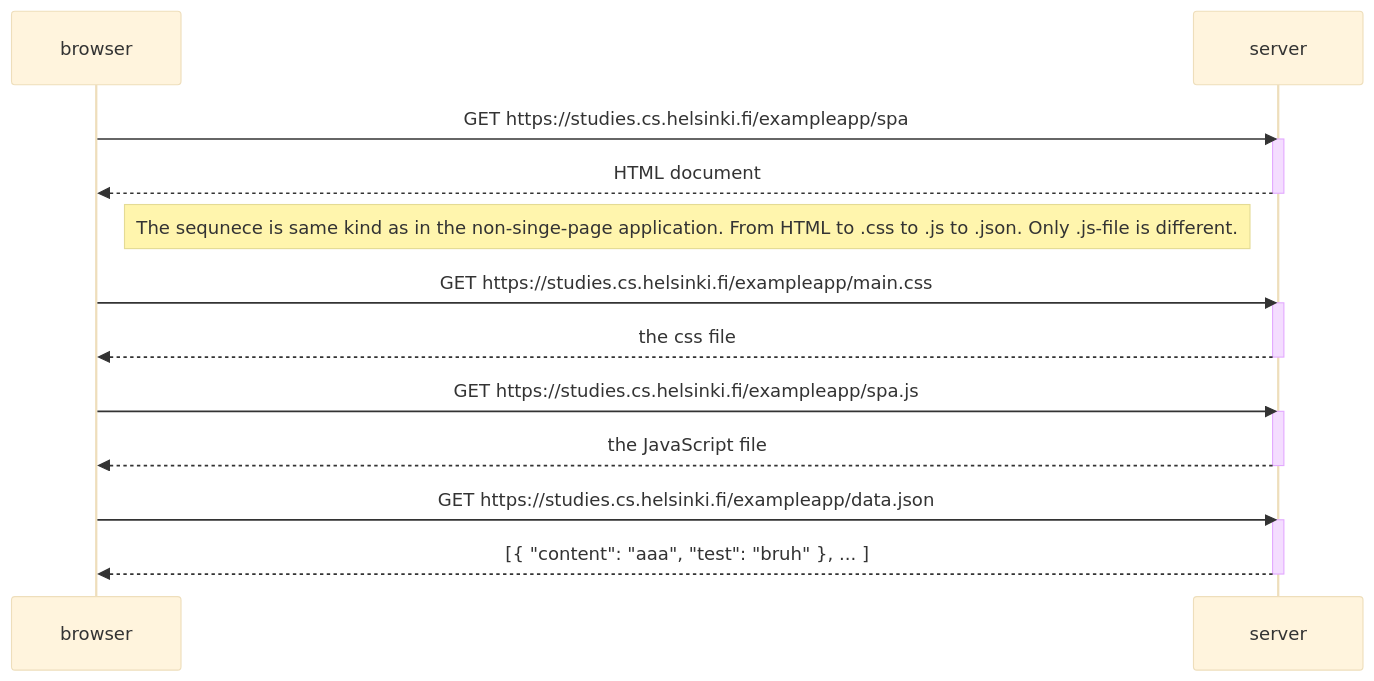
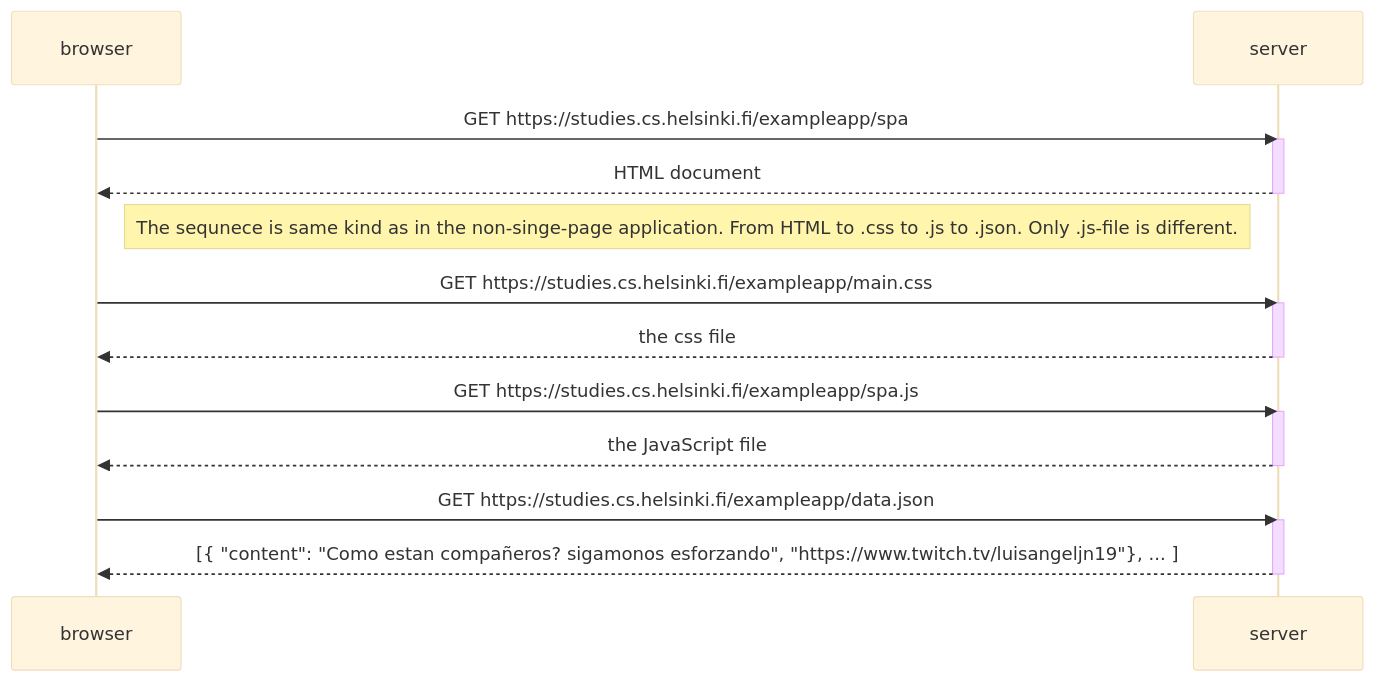
One commit to jussiiih/Full-Stack-Open changed the diagram in osa0/0.5: Single Page App.md. Above: the diagram before and after it, drawn with Mermaid (base theme).

Commit message:
Update 0.5: Single Page App.md

````diff
--- a/osa0/0.5: Single Page App.md
+++ b/osa0/0.5: Single Page App.md
@@ -1,27 +1,27 @@
 ```mermaid
 sequenceDiagram
     participant browser
     participant server
 
     browser->>server: GET https://studies.cs.helsinki.fi/exampleapp/spa
     activate server
     server-->>browser: HTML document
     deactivate server
     
     Note right of browser: The sequnece is same kind as in the non-singe-page application. From HTML to .css to .js to .json. Only .js-file is different. 
     
     browser->>server: GET https://studies.cs.helsinki.fi/exampleapp/main.css
     activate server
     server-->>browser: the css file
     deactivate server
     
     browser->>server: GET https://studies.cs.helsinki.fi/exampleapp/spa.js
     activate server
     server-->>browser: the JavaScript file
     deactivate server
   
     browser->>server: GET https://studies.cs.helsinki.fi/exampleapp/data.json
     activate server
-    server-->>browser: [{ "content": "aaa", "test": "bruh" }, ... ]
+    server-->>browser: [{ "content": "Como estan compañeros? sigamonos esforzando", "https://www.twitch.tv/luisangeljn19"}, ... ]
     deactivate server
 ```
````
